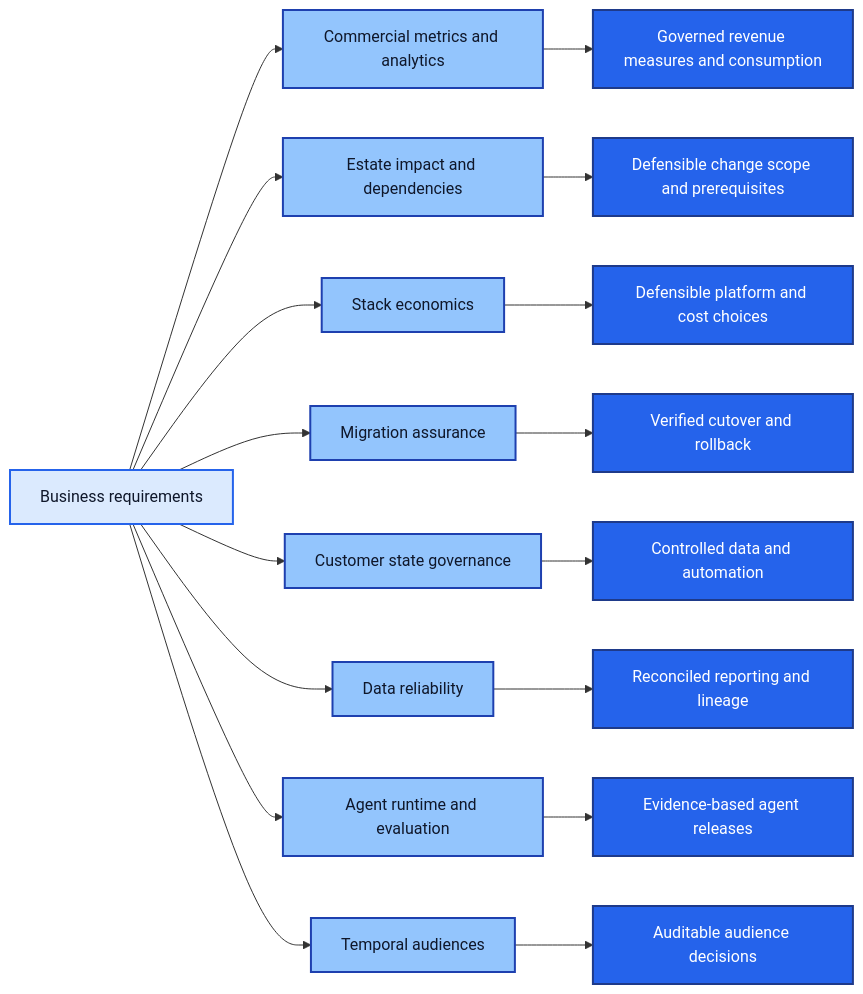
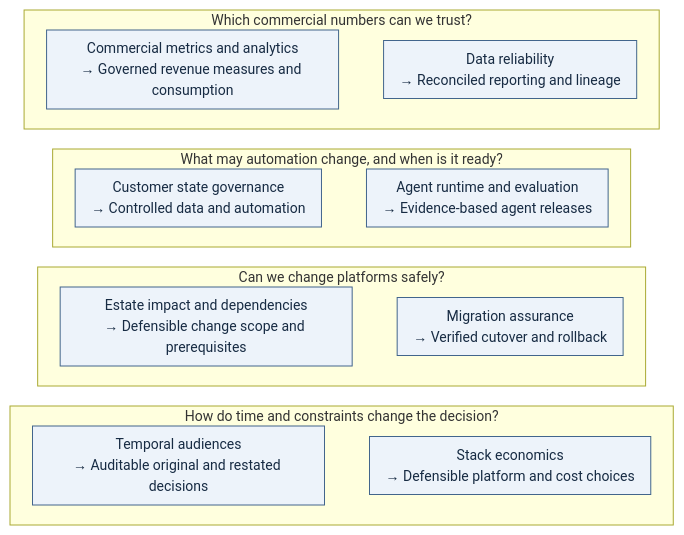
One commit to rlbsem/rlbsem changed the diagram in README.md. Above: the diagram before and after it, drawn with Mermaid.

Commit message:
Curate the eight-project portfolio map and preserve professional context

````diff
--- a/README.md
+++ b/README.md
@@ -28,28 +11,40 @@
 ```mermaid
-flowchart LR
-    A[Business requirements] --> Q[Commercial metrics and analytics]
-    A --> L[Estate impact and dependencies]
-    A --> B[Stack economics]
-    A --> E[Migration assurance]
-    A --> C[Customer state governance]
-    A --> R[Data reliability]
-    A --> D[Agent runtime and evaluation]
-    A --> F[Temporal audiences]
-
-    Q --> O[Governed revenue measures and consumption]
-    L --> M[Defensible change scope and prerequisites]
-    B --> G[Defensible platform and cost choices]
-    E --> J[Verified cutover and rollback]
-    C --> H[Controlled data and automation]
-    R --> N[Reconciled reporting and lineage]
-    D --> I[Evidence-based agent releases]
-    F --> K[Auditable audience decisions]
-
-    classDef source fill:#dbeafe,stroke:#2563eb,color:#0f172a,stroke-width:2px;
-    classDef capability fill:#93c5fd,stroke:#1e40af,color:#0f172a,stroke-width:2px;
-    classDef output fill:#2563eb,stroke:#1e3a8a,color:#ffffff,stroke-width:2px;
-
-    class A source;
-    class B,C,D,E,F,L,Q,R capability;
-    class G,H,I,J,K,M,N,O output;
+---
+config:
+  flowchart:
+    nodeSpacing: 20
+    rankSpacing: 20
+    padding: 8
+    wrappingWidth: 260
+  themeVariables:
+    fontSize: 14px
+---
+flowchart TB
+  subgraph M[Which commercial numbers can we trust?]
+    direction LR
+    Q["Commercial metrics and analytics<br/>→ Governed revenue measures and consumption"]
+    R["Data reliability<br/>→ Reconciled reporting and lineage"]
+    Q ~~~ R
+  end
+  subgraph G[What may automation change, and when is it ready?]
+    direction LR
+    C["Customer state governance<br/>→ Controlled data and automation"]
+    D["Agent runtime and evaluation<br/>→ Evidence-based agent releases"]
+    C ~~~ D
+  end
+  subgraph P[Can we change platforms safely?]
+    direction LR
+    L["Estate impact and dependencies<br/>→ Defensible change scope and prerequisites"]
+    E["Migration assurance<br/>→ Verified cutover and rollback"]
+    L ~~~ E
+  end
+  subgraph T[How do time and constraints change the decision?]
+    direction LR
+    F["Temporal audiences<br/>→ Auditable original and restated decisions"]
+    B["Stack economics<br/>→ Defensible platform and cost choices"]
+    F ~~~ B
+  end
+  M ~~~ G ~~~ P ~~~ T
+  classDef capability fill:#edf3fa,stroke:#42658c,color:#172b43;
+  class Q,R,C,D,L,E,F,B capability;
 ```
````
